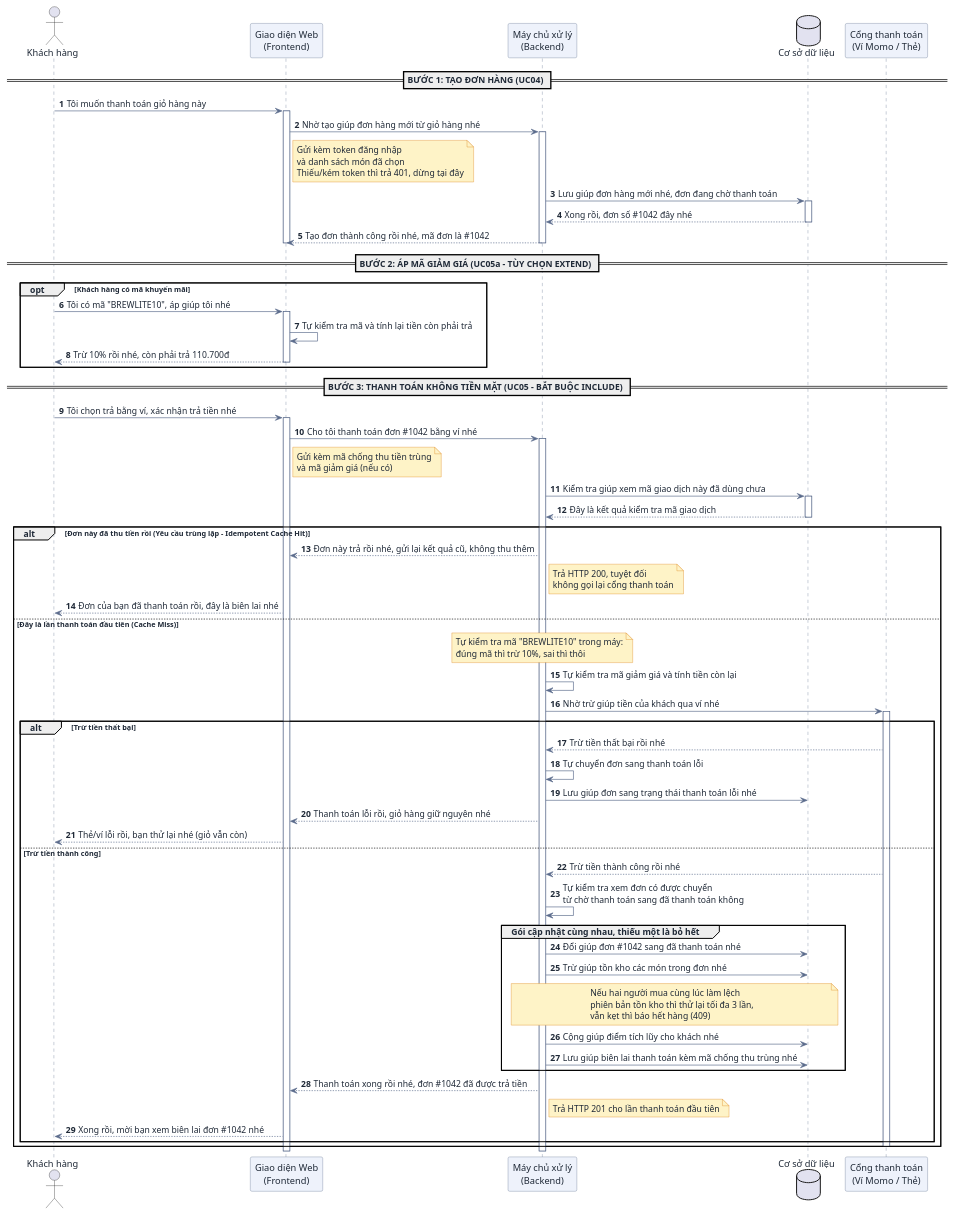
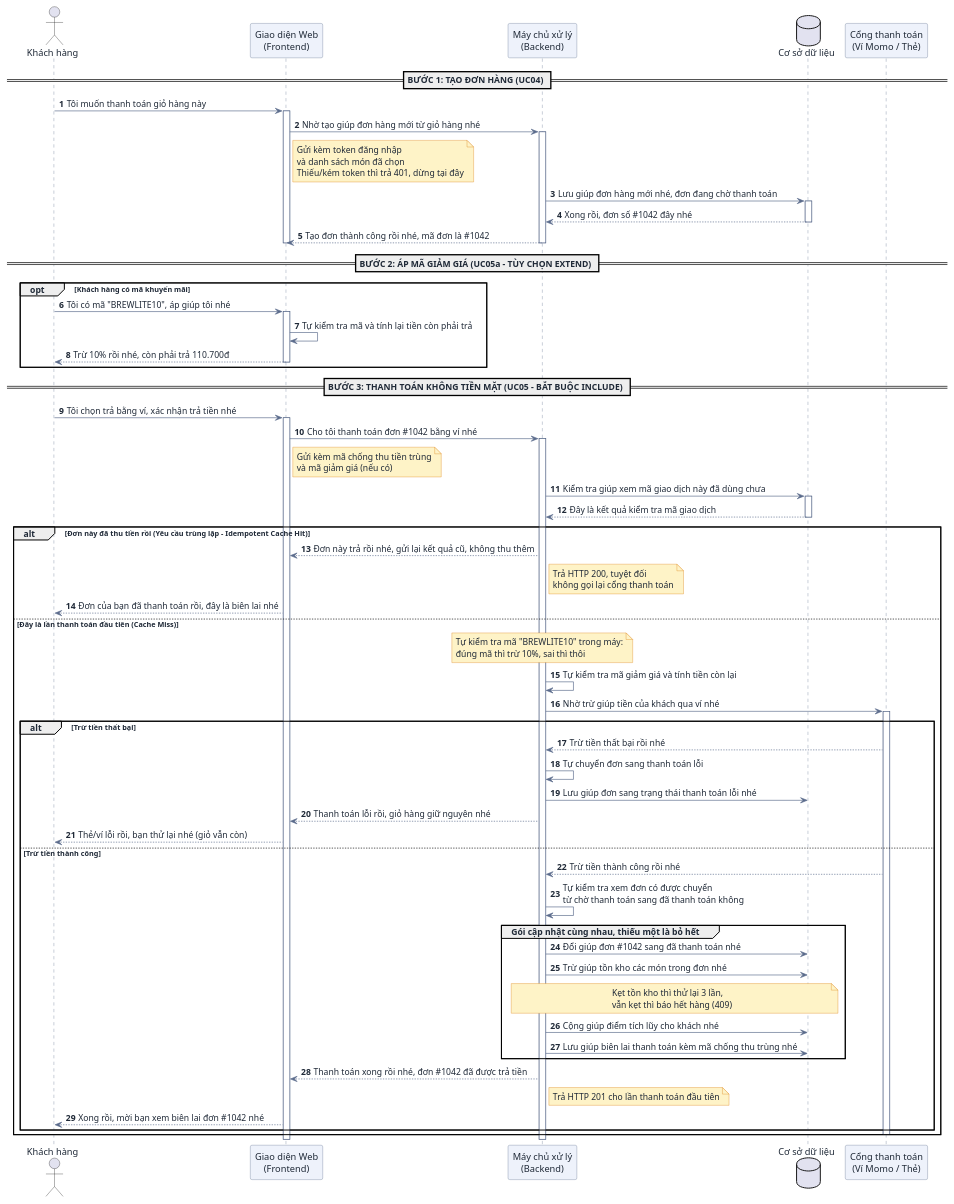
Before and after one commit to DuVinhLoi/BrewLite: the fourth of 6 diagrams in docs/user-sequence-specifications.md, drawn with PlantUML. The commit also changed other lines of this file, not shown here.

Commit message:
docs: revert UC02 delete lines, shorten group note to fit fragment

```diff
--- a/docs/user-sequence-specifications.md
+++ b/docs/user-sequence-specifications.md
@@ -330,8 +327,7 @@
             BE -> DB : Đổi giúp đơn #1042 sang đã thanh toán nhé
             BE -> DB : Trừ giúp tồn kho các món trong đơn nhé
             note over BE, DB #fef3c7
-                Nếu hai người mua cùng lúc làm lệch
-                phiên bản tồn kho thì thử lại tối đa 3 lần,
+                Kẹt tồn kho thì thử lại 3 lần,
                 vẫn kẹt thì báo hết hàng (409)
             end note
             BE -> DB : Cộng giúp điểm tích lũy cho khách nhé
```
